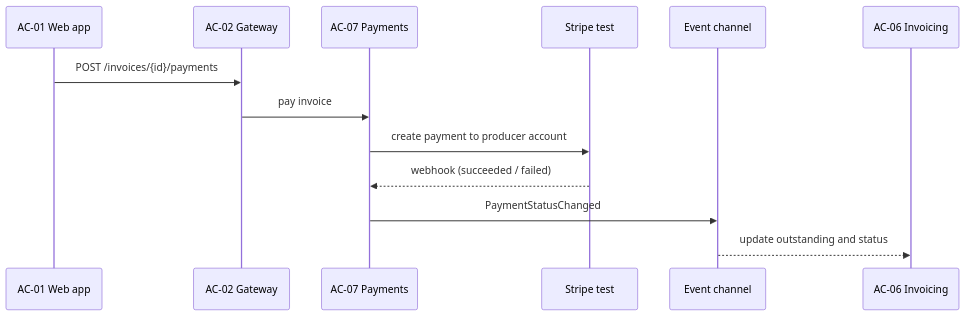
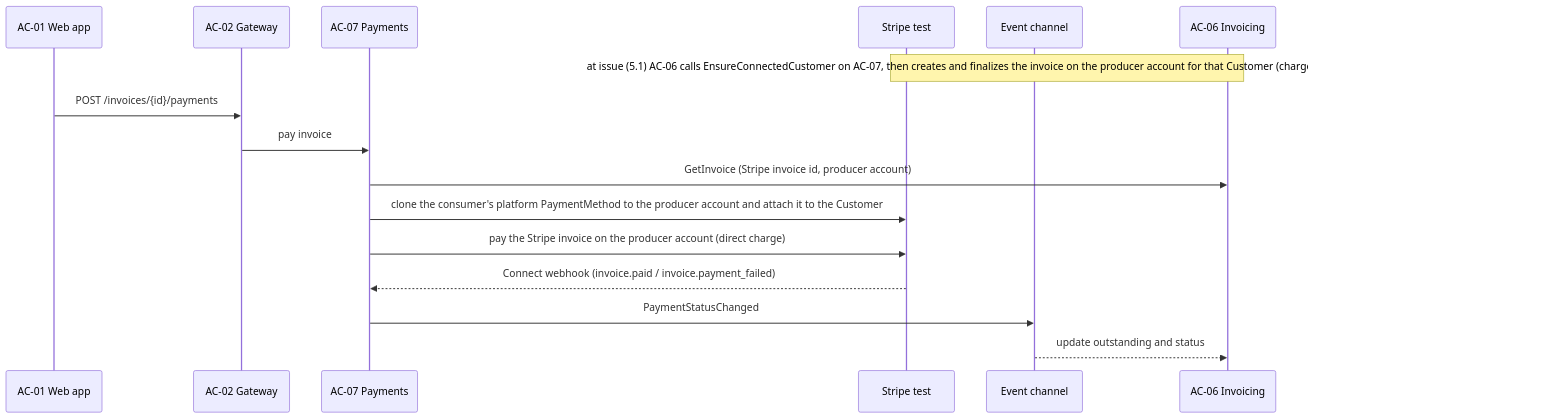
The sixth of 6 diagrams in docs/architecture/03-application-architecture.md (blooo-io/intelligent-eu-bps-source), drawn with Mermaid before and after one commit. The commit also changed other lines of this file and 30 other files, not shown here.

First line of the commit message:
fix(payments): INT-355 pay the producer's invoice on its connected account (REQ-014) (#51)

````diff
--- a/docs/architecture/03-application-architecture.md
+++ b/docs/architecture/03-application-architecture.md
@@ -326,15 +327,18 @@
 ```mermaid
 sequenceDiagram
   participant WEB as AC-01 Web app
   participant GW as AC-02 Gateway
   participant PAY as AC-07 Payments
   participant STR as Stripe test
   participant BUS as Event channel
   participant INV as AC-06 Invoicing
+  Note over INV,STR: at issue (5.1) AC-06 calls EnsureConnectedCustomer on AC-07, then creates and finalizes the invoice on the producer account for that Customer (charge_automatically, auto_advance false, not e-mailed)
   WEB->>GW: POST /invoices/{id}/payments
   GW->>PAY: pay invoice
-  PAY->>STR: create payment to producer account
-  STR-->>PAY: webhook (succeeded / failed)
+  PAY->>INV: GetInvoice (Stripe invoice id, producer account)
+  PAY->>STR: clone the consumer's platform PaymentMethod to the producer account and attach it to the Customer
+  PAY->>STR: pay the Stripe invoice on the producer account (direct charge)
+  STR-->>PAY: Connect webhook (invoice.paid / invoice.payment_failed)
   PAY->>BUS: PaymentStatusChanged
   BUS-->>INV: update outstanding and status
 ```
````
